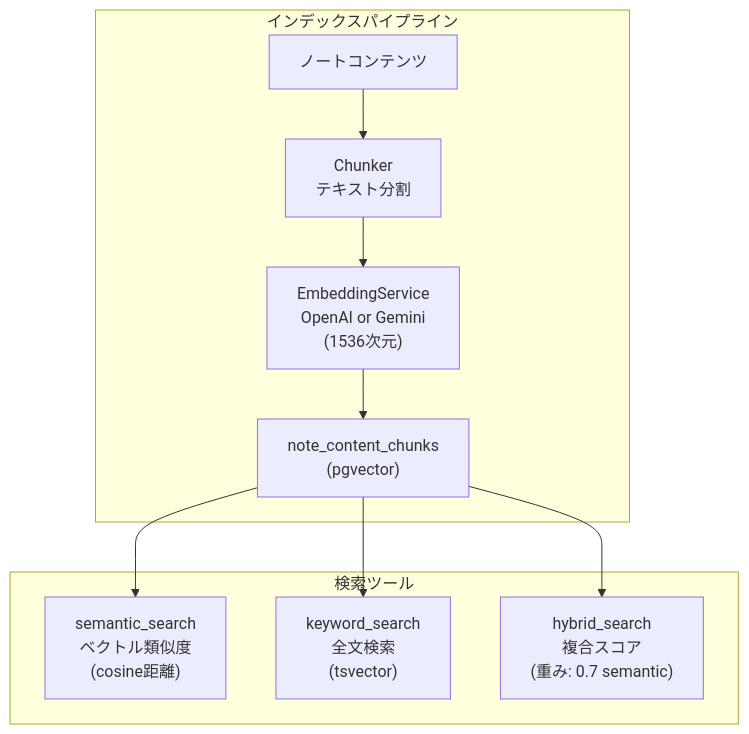
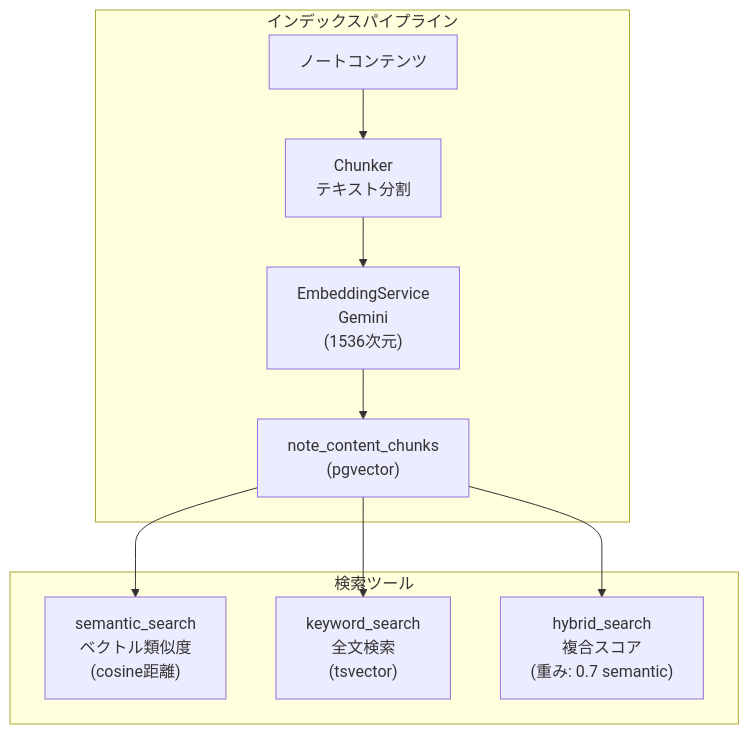
One commit to yu-min3/kensan changed diagram 11 of 13 in kensan-ai/ARCHITECTURE.md. Above: the diagram before and after it, drawn with Mermaid. The commit also changed other lines of this file and 9 other files, not shown here.

````diff
--- a/kensan-ai/ARCHITECTURE.md
+++ b/kensan-ai/ARCHITECTURE.md
@@ -534,18 +531,18 @@
 ```mermaid
 graph TB
     subgraph "インデックスパイプライン"
         Note["ノートコンテンツ"] --> Chunker["Chunker<br/>テキスト分割"]
-        Chunker --> Embed["EmbeddingService<br/>OpenAI or Gemini<br/>(1536次元)"]
+        Chunker --> Embed["EmbeddingService<br/>Gemini<br/>(1536次元)"]
         Embed --> Store["note_content_chunks<br/>(pgvector)"]
     end
 
     subgraph "検索ツール"
         Semantic["semantic_search<br/>ベクトル類似度<br/>(cosine距離)"]
         Keyword["keyword_search<br/>全文検索<br/>(tsvector)"]
         Hybrid["hybrid_search<br/>複合スコア<br/>(重み: 0.7 semantic)"]
     end
 
     Store --> Semantic
     Store --> Keyword
     Store --> Hybrid
 ```
````
